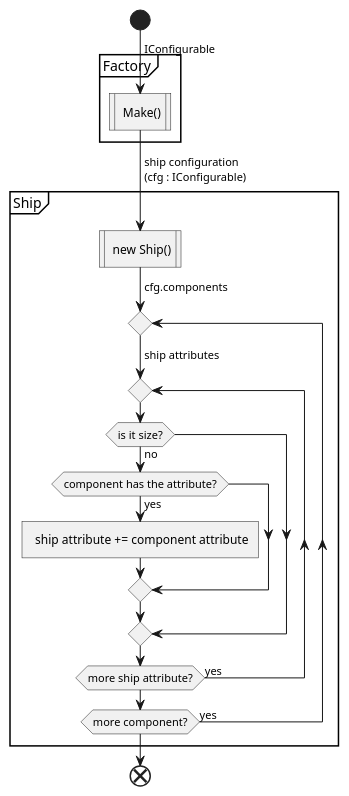
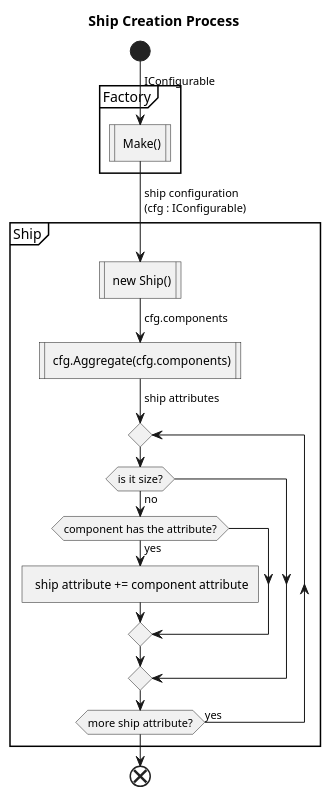
One commit to eidng8/Space-Flight-Unity changed the diagram in Diagrams/Ship/Activity/CreateShip.puml. Above: the diagram before and after it, drawn with PlantUML. The commit also changed 29 other files, not shown here.

Commit message:
scaffolding new flow

```diff
--- a/Diagrams/Ship/Activity/CreateShip.puml
+++ b/Diagrams/Ship/Activity/CreateShip.puml
@@ -1,30 +1,30 @@
 @startuml
+title Ship Creation Process
 
 start
 
 -> IConfigurable;
 
 partition "Factory" {
     : Make()|
     -> ship configuration
     (cfg : IConfigurable);
 }
 
 partition Ship {
     : new Ship()|
     -> cfg.components;
+    : cfg.Aggregate(cfg.components)|
+    -> ship attributes;
     repeat
-        -> ship attributes;
-        repeat
-            if (is it size?) then (no)
-                if (component has the attribute?) then (yes)
-                    : ship attribute += component attribute]
-                endif
+        if (is it size?) then (no)
+            if (component has the attribute?) then (yes)
+                : ship attribute += component attribute]
             endif
-        repeat while (more ship attribute?) is (yes)
-    repeat while (more component?) is (yes)
+        endif
+    repeat while (more ship attribute?) is (yes)
 }
 
 end
 
 @enduml
```
